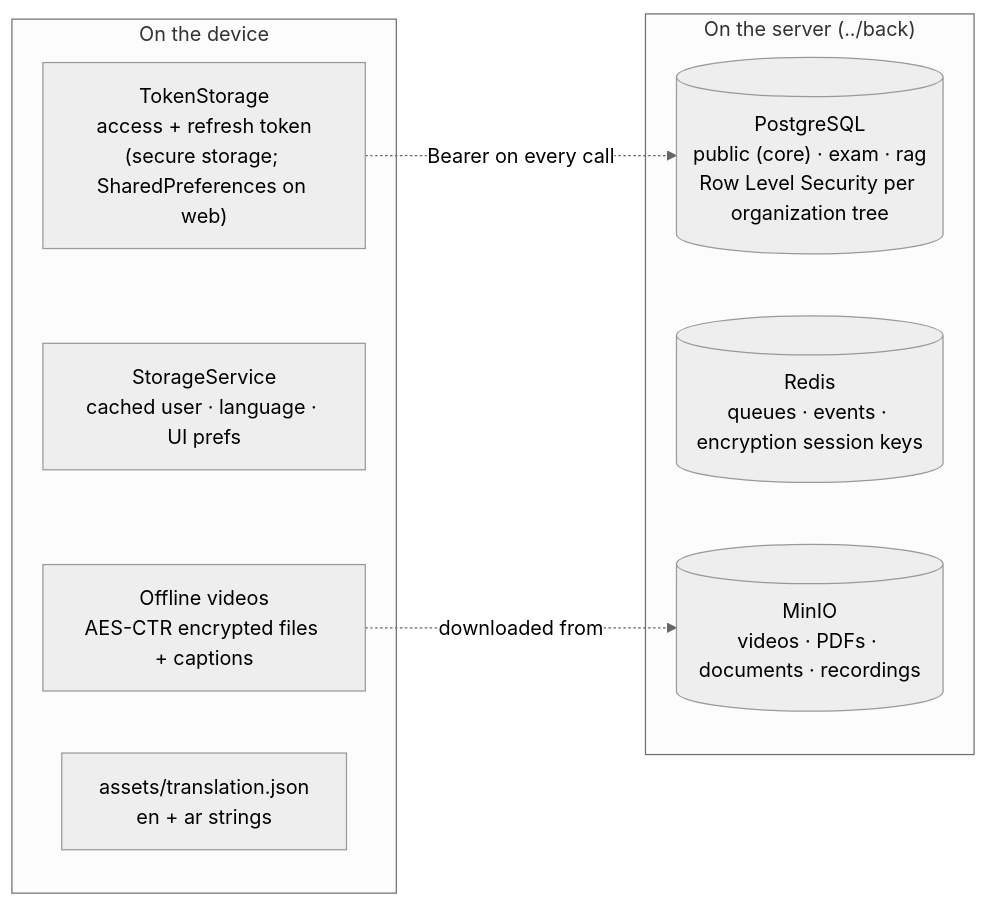
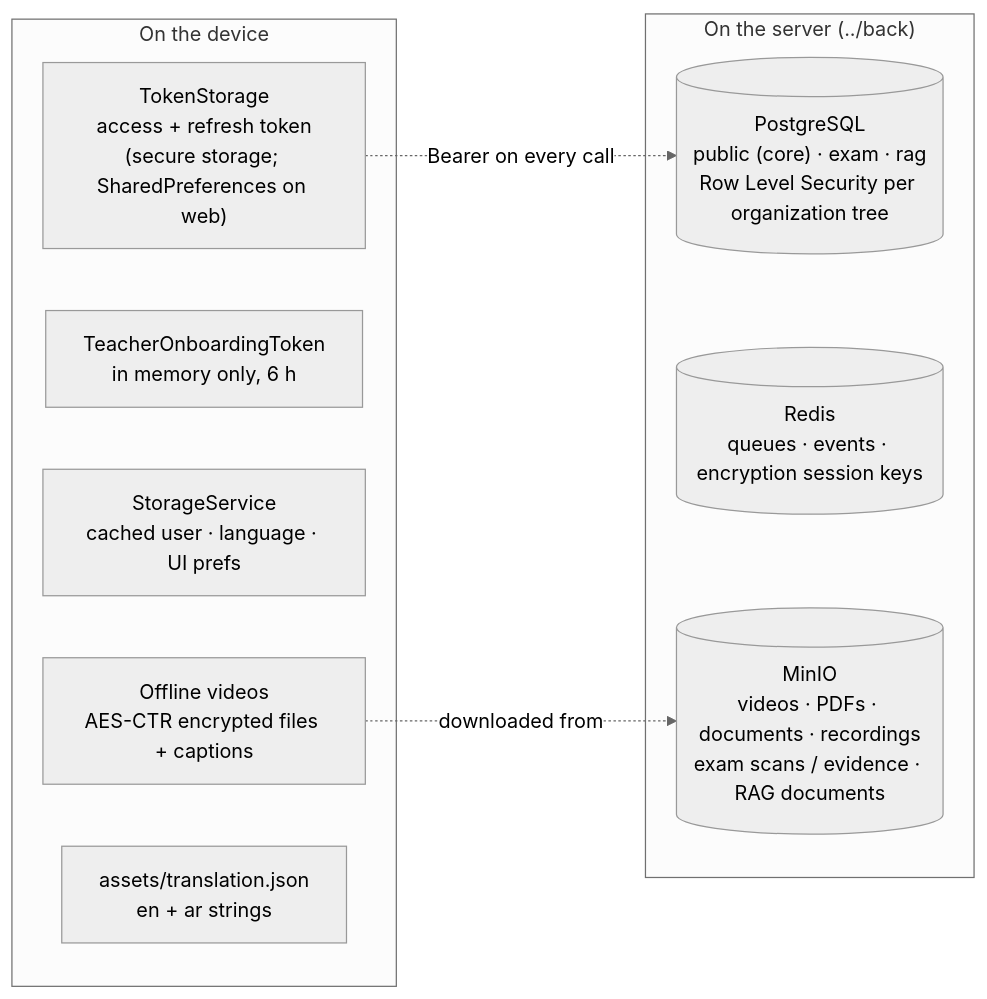
Before and after one commit to Amadkour/elfaheem-front: the third of 6 diagrams in docs/ARCHITECTURE.md, drawn with Mermaid (neutral theme). The commit also changed other lines of this file and 44 other files, not shown here.

````diff
--- a/docs/ARCHITECTURE.md
+++ b/docs/ARCHITECTURE.md
@@ -63,16 +68,17 @@
 ```mermaid
 flowchart LR
     subgraph device["On the device"]
         ts["TokenStorage<br/>access + refresh token<br/>(secure storage; SharedPreferences on web)"]
+        ob["TeacherOnboardingToken<br/>in memory only, 6 h"]
         ss["StorageService<br/>cached user · language · UI prefs"]
         ov["Offline videos<br/>AES-CTR encrypted files + captions"]
         tr["assets/translation.json<br/>en + ar strings"]
     end
     subgraph server["On the server (../back)"]
         pg[("PostgreSQL<br/>public (core) · exam · rag<br/>Row Level Security per organization tree")]
         redis[("Redis<br/>queues · events · encryption session keys")]
-        minio[("MinIO<br/>videos · PDFs · documents · recordings")]
+        minio[("MinIO<br/>videos · PDFs · documents · recordings<br/>exam scans / evidence · RAG documents")]
     end
     ts -.->|Bearer on every call| pg
     ov -.->|downloaded from| minio
 ```
````
